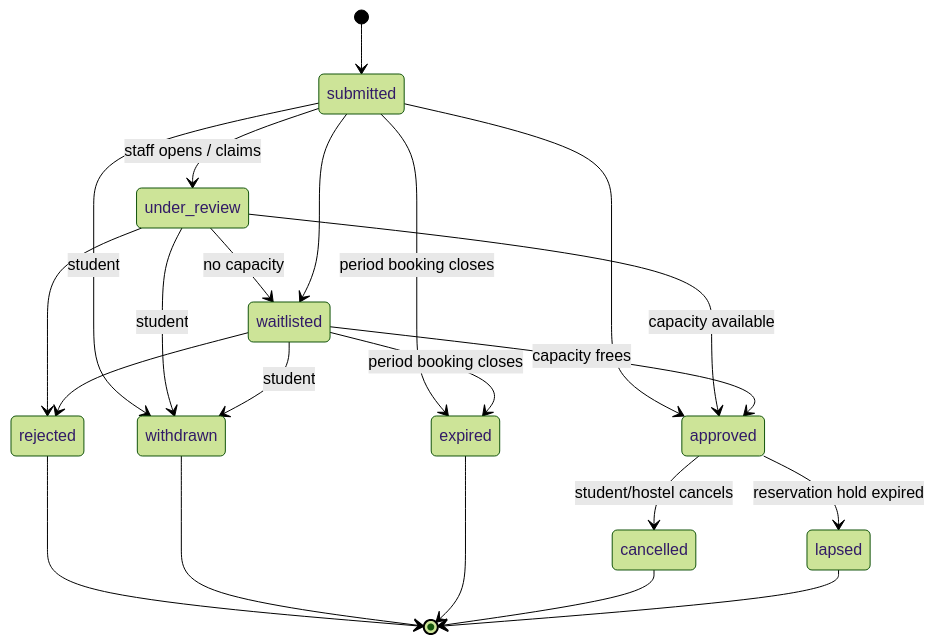
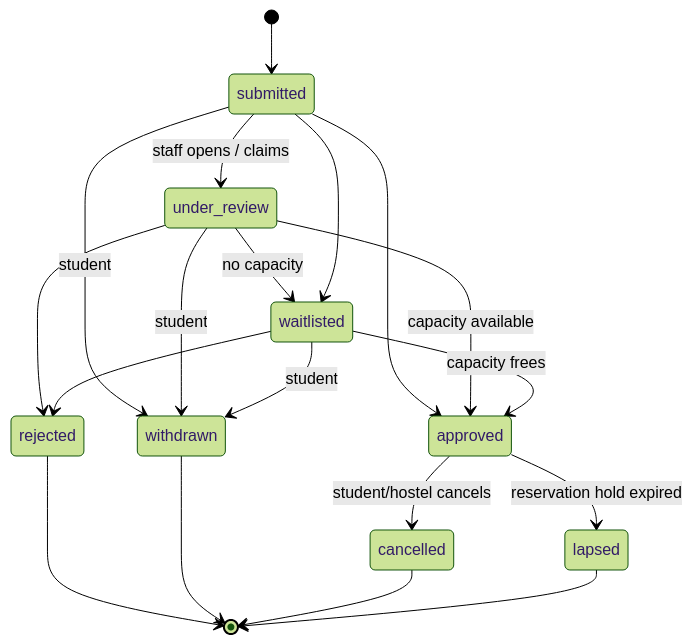
One commit to berndaakus-lab/adestay changed the second of 5 diagrams in docs/BOOKING_AND_PAYMENT_FLOWS.md. Above: the diagram before and after it, drawn with Mermaid (forest theme). The commit also changed other lines of this file and 3 other files, not shown here.

Commit message:
feat(db): keep unreviewed requests with staff after booking closes (Phase 3, task 6)

````diff
--- a/docs/BOOKING_AND_PAYMENT_FLOWS.md
+++ b/docs/BOOKING_AND_PAYMENT_FLOWS.md
@@ -39,24 +39,21 @@
 ```mermaid
 stateDiagram-v2
   [*] --> submitted
   submitted --> under_review: staff opens / claims
   submitted --> approved
   under_review --> approved: capacity available
   under_review --> rejected
   under_review --> waitlisted: no capacity
   submitted --> waitlisted
   waitlisted --> approved: capacity frees
   waitlisted --> rejected
   submitted --> withdrawn: student
   under_review --> withdrawn: student
   waitlisted --> withdrawn: student
-  submitted --> expired: period booking closes
-  waitlisted --> expired: period booking closes
   approved --> cancelled: student/hostel cancels
   approved --> lapsed: reservation hold expired
   rejected --> [*]
   withdrawn --> [*]
-  expired --> [*]
   cancelled --> [*]
   lapsed --> [*]
 ```
````
